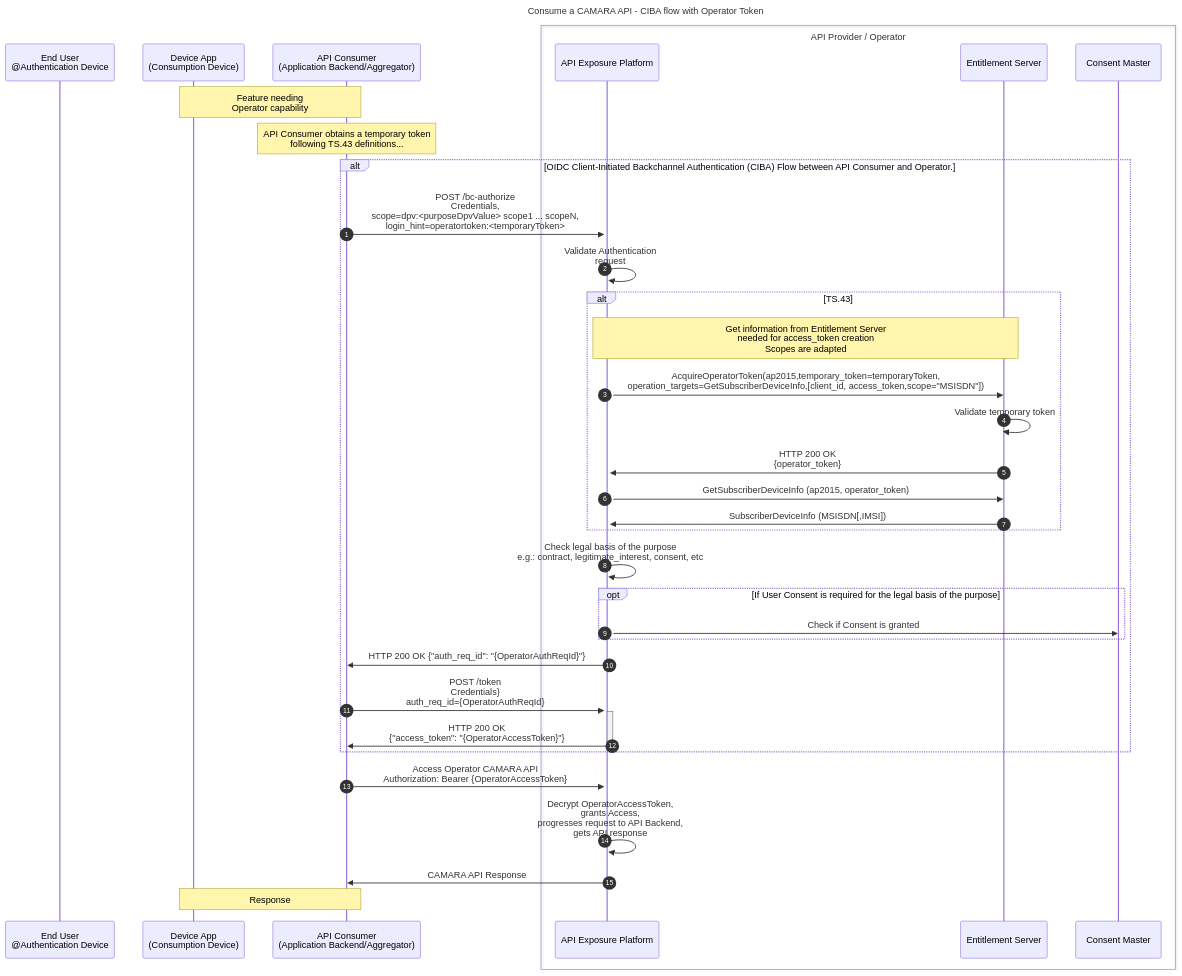
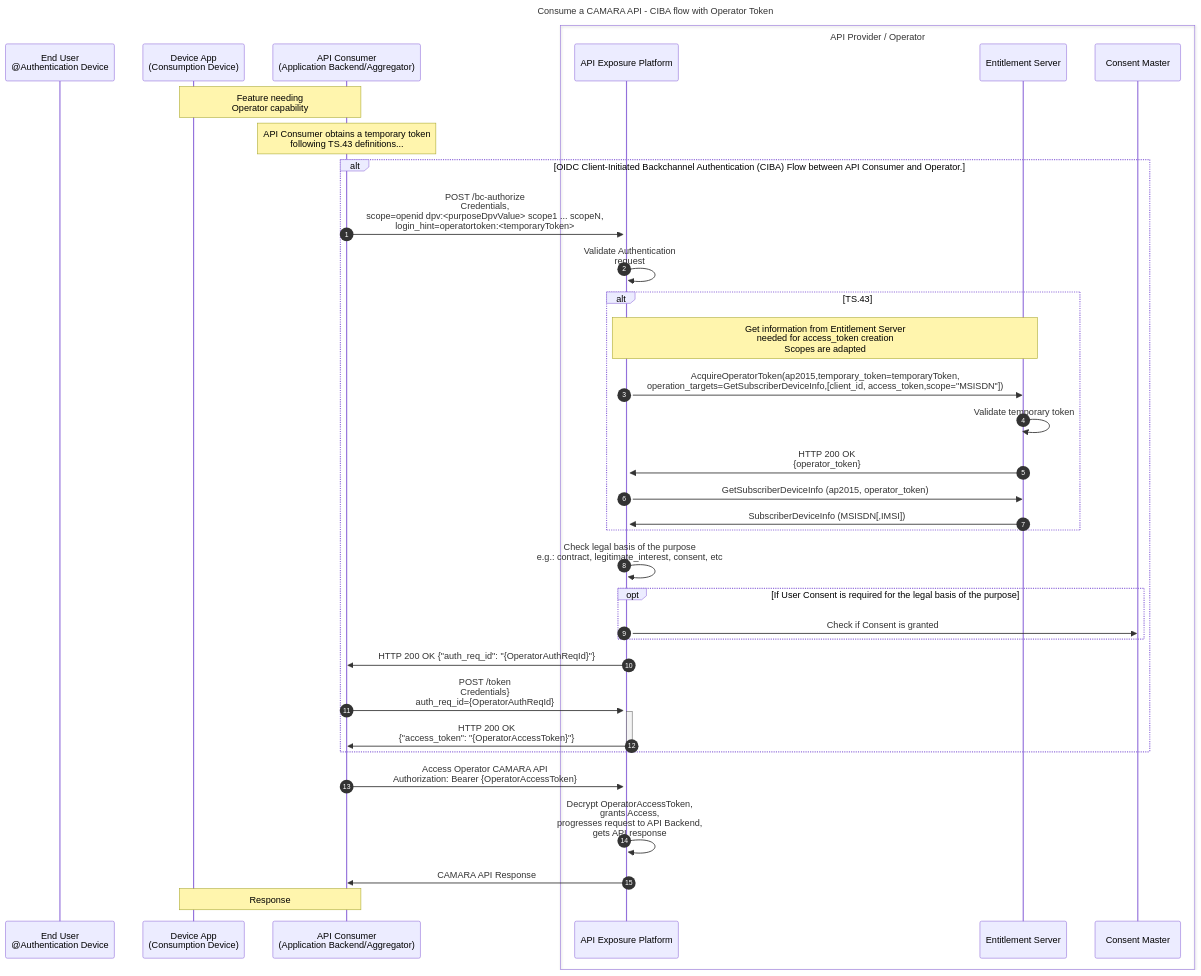
Before and after one commit to camaraproject/IdentityAndConsentManagement: the third of 4 diagrams in documentation/CAMARA-API-access-and-user-consent.md, drawn with Mermaid. The commit also changed other lines of this file, not shown here.

````diff
--- a/documentation/CAMARA-API-access-and-user-consent.md
+++ b/documentation/CAMARA-API-access-and-user-consent.md
@@ -298,40 +298,40 @@
 ```mermaid
 sequenceDiagram
 autonumber
 title Consume a CAMARA API - CIBA flow with Operator Token
 participant User as End User<br>@Authentication Device
 participant FE as Device App<br>(Consumption Device)
 participant BE as API Consumer<br>(Application Backend/Aggregator)  
 box API Provider / Operator
   participant ExpO as API Exposure Platform
   participant ES as Entitlement Server  
   participant Consent as Consent Master
 end
 
 Note over FE,BE: Feature needing<br>Operator capability  
 Note over BE: API Consumer obtains a temporary token<br>following TS.43 definitions...  
 
 alt OIDC Client-Initiated Backchannel Authentication (CIBA) Flow between API Consumer and Operator.
-  BE->>+ExpO: POST /bc-authorize<br>Credentials,<br>scope=dpv:<purposeDpvValue> scope1 ... scopeN,<br>login_hint=operatortoken:<temporaryToken>    
+  BE->>+ExpO: POST /bc-authorize<br>Credentials,<br>scope=openid dpv:<purposeDpvValue> scope1 ... scopeN,<br>login_hint=operatortoken:<temporaryToken>    
   ExpO->>ExpO: Validate Authentication<br>request
   alt TS.43
     Note over ExpO,ES: Get information from Entitlement Server<br> needed for access_token creation<br>Scopes are adapted
     ExpO->>ES: AcquireOperatorToken(ap2015,temporary_token=temporaryToken,<br>operation_targets=GetSubscriberDeviceInfo,[client_id, access_token,scope="MSISDN"]) 
     ES->>ES: Validate temporary token
     ES->>ExpO: HTTP 200 OK <br>{operator_token}
     ExpO->>ES: GetSubscriberDeviceInfo (ap2015, operator_token) 
     ES->>ExpO: SubscriberDeviceInfo (MSISDN[,IMSI])
   end
   ExpO->>ExpO: Check legal basis of the purpose<br> e.g.: contract, legitimate_interest, consent, etc
   opt If User Consent is required for the legal basis of the purpose  
     ExpO->>Consent: Check if Consent is granted
   end
   ExpO->>BE: HTTP 200 OK {"auth_req_id": "{OperatorAuthReqId}"}
   BE->>+ExpO: POST /token <br>Credentials}<br>auth_req_id={OperatorAuthReqId}    
   ExpO->>-BE: HTTP 200 OK <br>{"access_token": "{OperatorAccessToken}"} 
 end
 BE->>ExpO: Access Operator CAMARA API<br>Authorization: Bearer {OperatorAccessToken}    
 ExpO->>ExpO: Decrypt OperatorAccessToken,<br>grants Access,<br>progresses request to API Backend,<br>gets API response  
 ExpO->>BE: CAMARA API Response
 Note over BE,FE: Response
 ```
````
